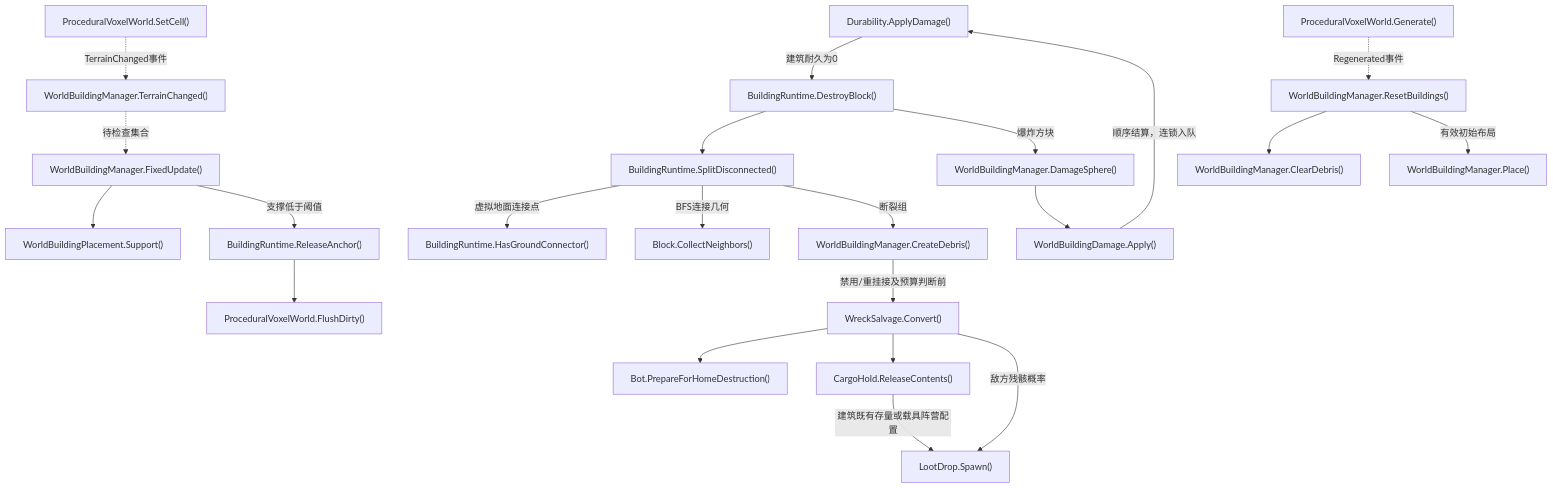
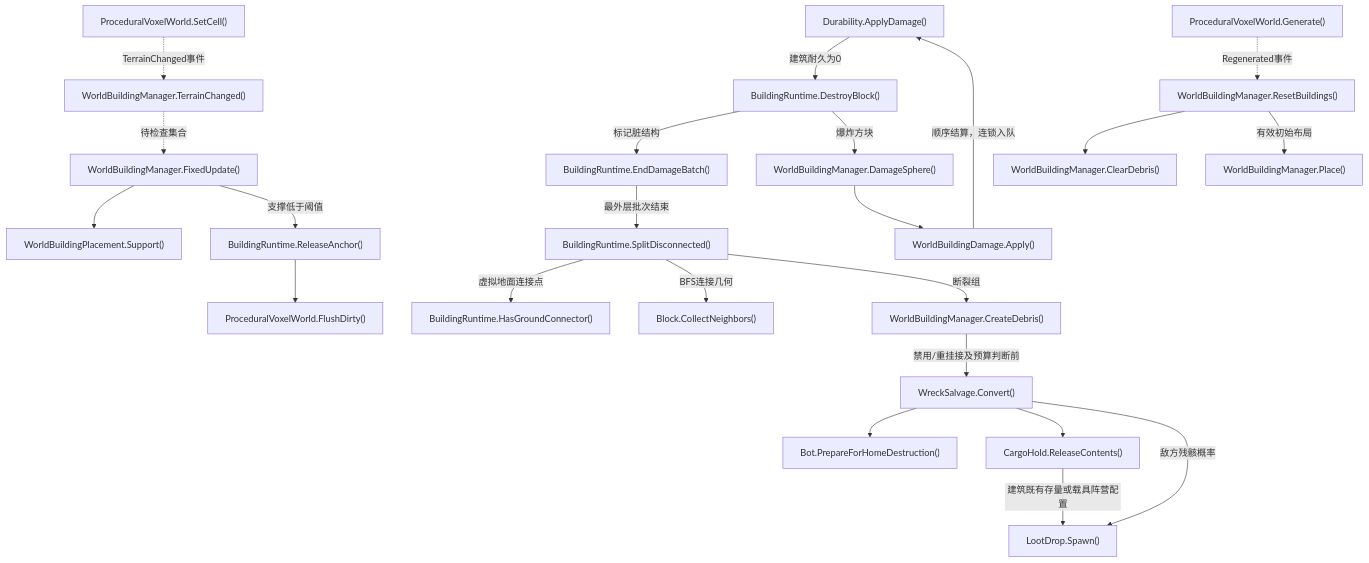
Before and after one commit to kukudia/HY-Sandbox: diagram 23 of 35 in Docs/RuntimeFlow.md, drawn with Mermaid. The commit also changed other lines of this file and 23 other files, not shown here.

First line of the commit message:
perf: batch building support refresh across blast chains

````diff
--- a/Docs/RuntimeFlow.md
+++ b/Docs/RuntimeFlow.md
@@ -2140,68 +2140,71 @@
 ```mermaid
 flowchart TD
     A["ProceduralVoxelWorld.SetCell()"]
     click A "../Assets/Scripts/Features/World/ProceduralVoxelWorld.cs#L395" "打开源码"
     B["WorldBuildingManager.TerrainChanged()"]
     click B "../Assets/Scripts/Features/World/WorldBuildingManager.cs#L388" "打开源码"
     C["WorldBuildingManager.FixedUpdate()"]
     click C "../Assets/Scripts/Features/World/WorldBuildingManager.cs#L399" "打开源码"
     D["WorldBuildingPlacement.Support()"]
     click D "../Assets/Scripts/Features/World/WorldBuildingPlacement.cs#L111" "打开源码"
     E["BuildingRuntime.ReleaseAnchor()"]
-    click E "../Assets/Scripts/Features/World/BuildingRuntime.cs#L355" "打开源码"
+    click E "../Assets/Scripts/Features/World/BuildingRuntime.cs#L379" "打开源码"
     F["ProceduralVoxelWorld.FlushDirty()"]
     click F "../Assets/Scripts/Features/World/ProceduralVoxelWorld.cs#L538" "打开源码"
     G["Durability.ApplyDamage()"]
     click G "../Assets/Scripts/Features/Combat/Durability.cs#L68" "打开源码"
     H["BuildingRuntime.DestroyBlock()"]
-    click H "../Assets/Scripts/Features/World/BuildingRuntime.cs#L224" "打开源码"
+    click H "../Assets/Scripts/Features/World/BuildingRuntime.cs#L241" "打开源码"
     I["BuildingRuntime.SplitDisconnected()"]
-    click I "../Assets/Scripts/Features/World/BuildingRuntime.cs#L264" "打开源码"
+    click I "../Assets/Scripts/Features/World/BuildingRuntime.cs#L287" "打开源码"
     J["Block.CollectNeighbors()"]
     click J "../Assets/Scripts/Features/Simulation/Block.cs#L378" "打开源码"
     K["WorldBuildingManager.CreateDebris()"]
     click K "../Assets/Scripts/Features/World/WorldBuildingManager.cs#L421" "打开源码"
     L["WorldBuildingManager.DamageSphere()"]
     click L "../Assets/Scripts/Features/World/WorldBuildingManager.cs#L416" "打开源码"
     M["WorldBuildingDamage.Apply()"]
-    click M "../Assets/Scripts/Features/World/WorldBuildingDamage.cs#L17" "打开源码"
+    click M "../Assets/Scripts/Features/World/WorldBuildingDamage.cs#L18" "打开源码"
+    W["BuildingRuntime.EndDamageBatch()"]
+    click W "../Assets/Scripts/Features/World/BuildingRuntime.cs#L63" "打开源码"
     N["ProceduralVoxelWorld.Generate()"]
     click N "../Assets/Scripts/Features/World/ProceduralVoxelWorld.cs#L99" "打开源码"
     O["WorldBuildingManager.ResetBuildings()"]
     click O "../Assets/Scripts/Features/World/WorldBuildingManager.cs#L338" "打开源码"
     P["WorldBuildingManager.ClearDebris()"]
     click P "../Assets/Scripts/Features/World/WorldBuildingManager.cs#L464" "打开源码"
     Q["WorldBuildingManager.Place()"]
     click Q "../Assets/Scripts/Features/World/WorldBuildingManager.cs#L96" "打开源码"
     R["BuildingRuntime.HasGroundConnector()"]
-    click R "../Assets/Scripts/Features/World/BuildingRuntime.cs#L334" "打开源码"
+    click R "../Assets/Scripts/Features/World/BuildingRuntime.cs#L358" "打开源码"
     S["WreckSalvage.Convert()"]
     click S "../Assets/Scripts/Features/Salvage/WreckSalvage.cs#L10" "打开源码"
     T["CargoHold.ReleaseContents()"]
     click T "../Assets/Scripts/Features/Salvage/CargoHold.cs#L206" "打开源码"
     U["Bot.PrepareForHomeDestruction()"]
     click U "../Assets/Scripts/Features/Bots/Bot.cs#L210" "打开源码"
     V["LootDrop.Spawn()"]
     click V "../Assets/Scripts/Features/Salvage/LootDrop.cs#L83" "打开源码"
     A -.->|TerrainChanged事件| B
     B -.->|待检查集合| C
     C --> D
     C -->|支撑低于阈值| E
     E --> F
     G -->|建筑耐久为0| H
-    H --> I
+    H -->|标记脏结构| W
+    W -->|最外层批次结束| I
     I -->|虚拟地面连接点| R
     I -->|BFS连接几何| J
     I -->|断裂组| K
     H -->|爆炸方块| L
     L --> M
     M -->|顺序结算，连锁入队| G
     K -->|禁用/重挂接及预算判断前| S
     S --> U
     S --> T
     S -->|敌方残骸概率| V
     T -->|建筑既有存量或载具阵营配置| V
     N -.->|Regenerated事件| O
     O --> P
     O -->|有效初始布局| Q
 ```
````
